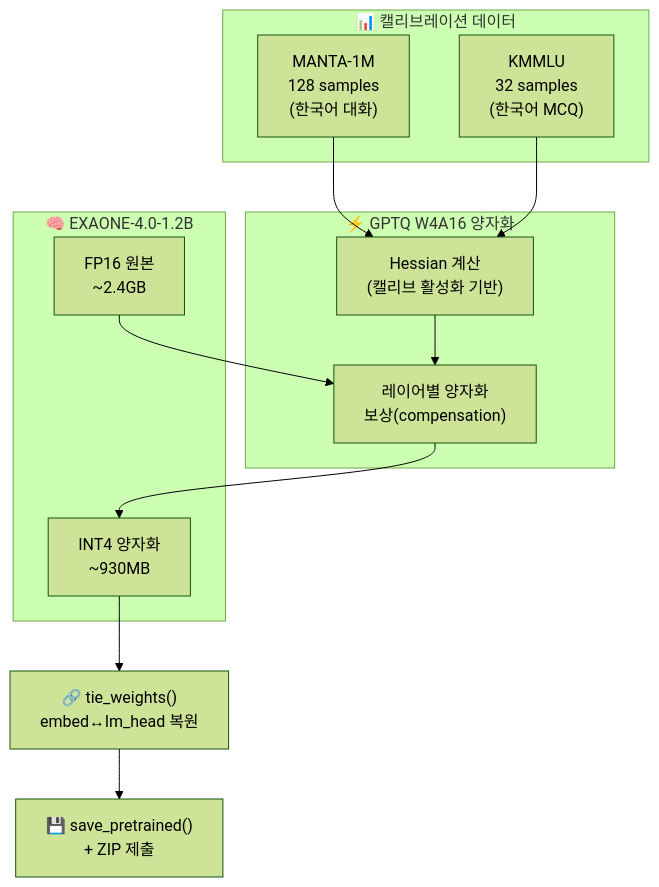
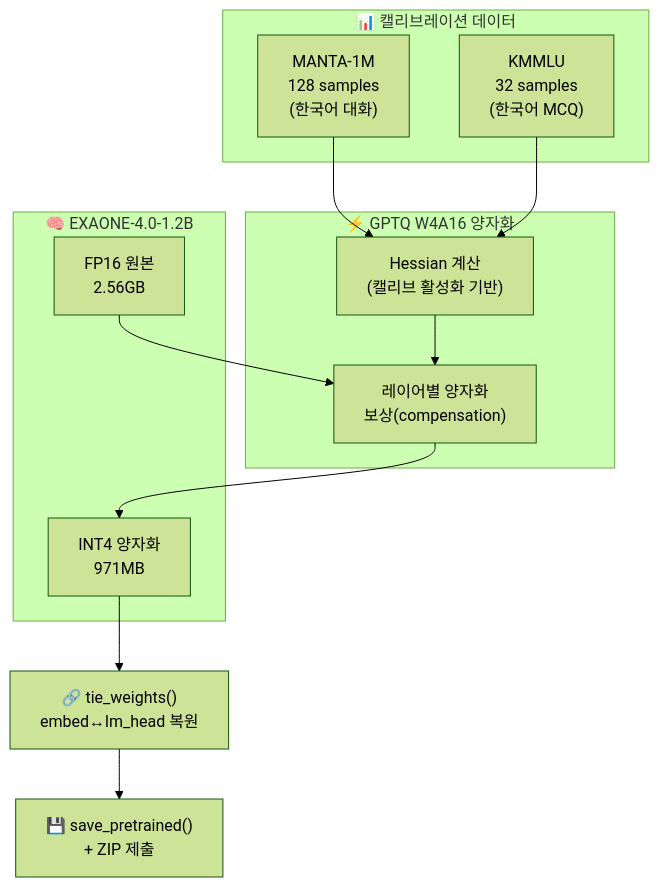
One commit to Jeonghun-LEE-KMU/LG-Aimers-8-quantization changed the diagram in README.md. Above: the diagram before and after it, drawn with Mermaid (forest theme). The commit also changed other lines of this file, not shown here.

````diff
--- a/README.md
+++ b/README.md
@@ -43,25 +43,25 @@
 ```mermaid
 flowchart TD
     subgraph Calibration["📊 캘리브레이션 데이터"]
         M["MANTA-1M\n128 samples\n(한국어 대화)"]
         K["KMMLU\n32 samples\n(한국어 MCQ)"]
     end
 
     subgraph Quantization["⚡ GPTQ W4A16 양자화"]
         H["Hessian 계산\n(캘리브 활성화 기반)"]
         Q["레이어별 양자화\n보상(compensation)"]
     end
 
     subgraph Model["🧠 EXAONE-4.0-1.2B"]
-        FP["FP16 원본\n~2.4GB"]
-        INT["INT4 양자화\n~930MB"]
+        FP["FP16 원본\n2.56GB"]
+        INT["INT4 양자화\n971MB"]
     end
 
     M --> H
     K --> H
     H --> Q
     FP --> Q
     Q --> INT
     INT --> TW["🔗 tie_weights()\nembed↔lm_head 복원"]
     TW --> SAVE["💾 save_pretrained()\n+ ZIP 제출"]
 ```
````
